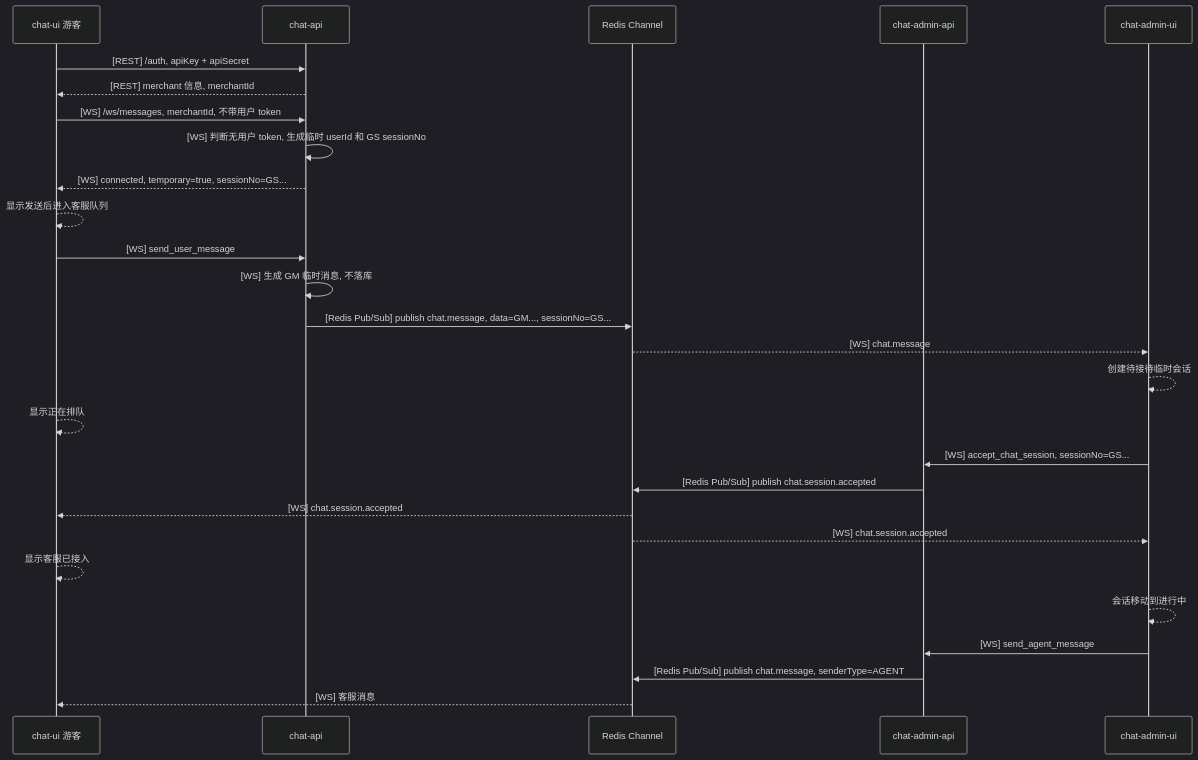
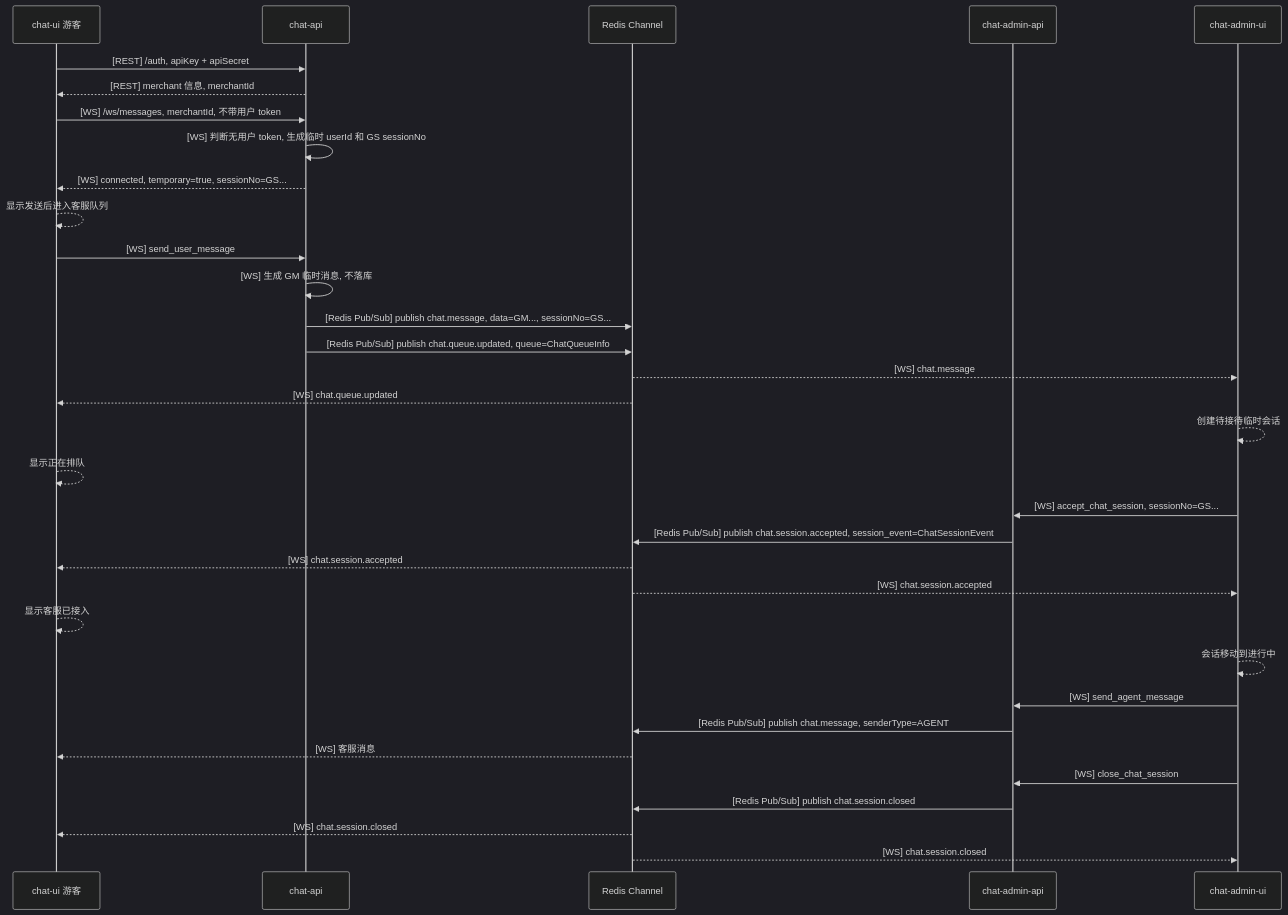
Before and after one commit to colbort/wklive: the second of 4 diagrams in services/chat/CHAT_FLOW.md, drawn with Mermaid (dark theme). The commit also changed other lines of this file, not shown here.

````diff
--- a/services/chat/CHAT_FLOW.md
+++ b/services/chat/CHAT_FLOW.md
@@ -106,30 +110,36 @@
 ```mermaid
 sequenceDiagram
     participant U as chat-ui 游客
     participant CA as chat-api
     participant BUS as Redis Channel
     participant AA as chat-admin-api
     participant AU as chat-admin-ui
 
     U->>CA: [REST] /auth, apiKey + apiSecret
     CA-->>U: [REST] merchant 信息, merchantId
     U->>CA: [WS] /ws/messages, merchantId, 不带用户 token
     CA->>CA: [WS] 判断无用户 token, 生成临时 userId 和 GS sessionNo
     CA-->>U: [WS] connected, temporary=true, sessionNo=GS...
     U-->>U: 显示发送后进入客服队列
     U->>CA: [WS] send_user_message
     CA->>CA: [WS] 生成 GM 临时消息, 不落库
     CA->>BUS: [Redis Pub/Sub] publish chat.message, data=GM..., sessionNo=GS...
+    CA->>BUS: [Redis Pub/Sub] publish chat.queue.updated, queue=ChatQueueInfo
     BUS-->>AU: [WS] chat.message
+    BUS-->>U: [WS] chat.queue.updated
     AU-->>AU: 创建待接待临时会话
     U-->>U: 显示正在排队
     AU->>AA: [WS] accept_chat_session, sessionNo=GS...
-    AA->>BUS: [Redis Pub/Sub] publish chat.session.accepted
+    AA->>BUS: [Redis Pub/Sub] publish chat.session.accepted, session_event=ChatSessionEvent
     BUS-->>U: [WS] chat.session.accepted
     BUS-->>AU: [WS] chat.session.accepted
     U-->>U: 显示客服已接入
     AU-->>AU: 会话移动到进行中
     AU->>AA: [WS] send_agent_message
     AA->>BUS: [Redis Pub/Sub] publish chat.message, senderType=AGENT
     BUS-->>U: [WS] 客服消息
+    AU->>AA: [WS] close_chat_session
+    AA->>BUS: [Redis Pub/Sub] publish chat.session.closed
+    BUS-->>U: [WS] chat.session.closed
+    BUS-->>AU: [WS] chat.session.closed
 ```
````
